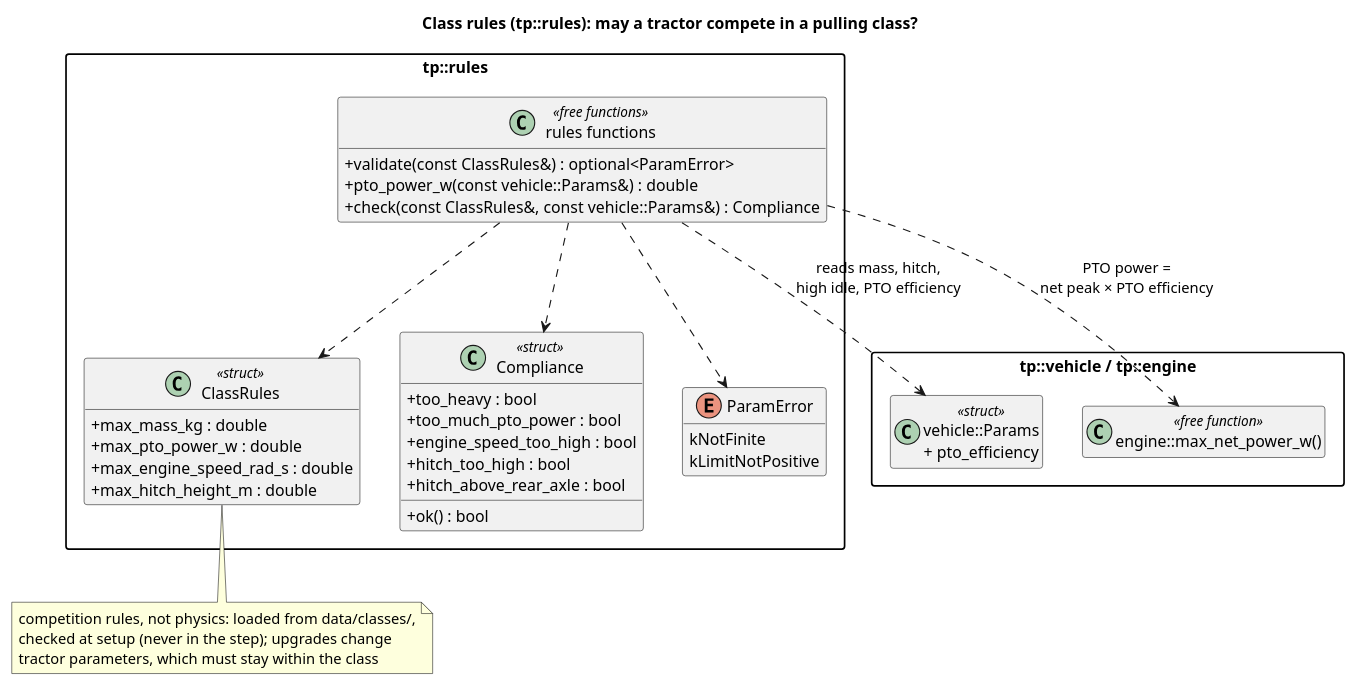
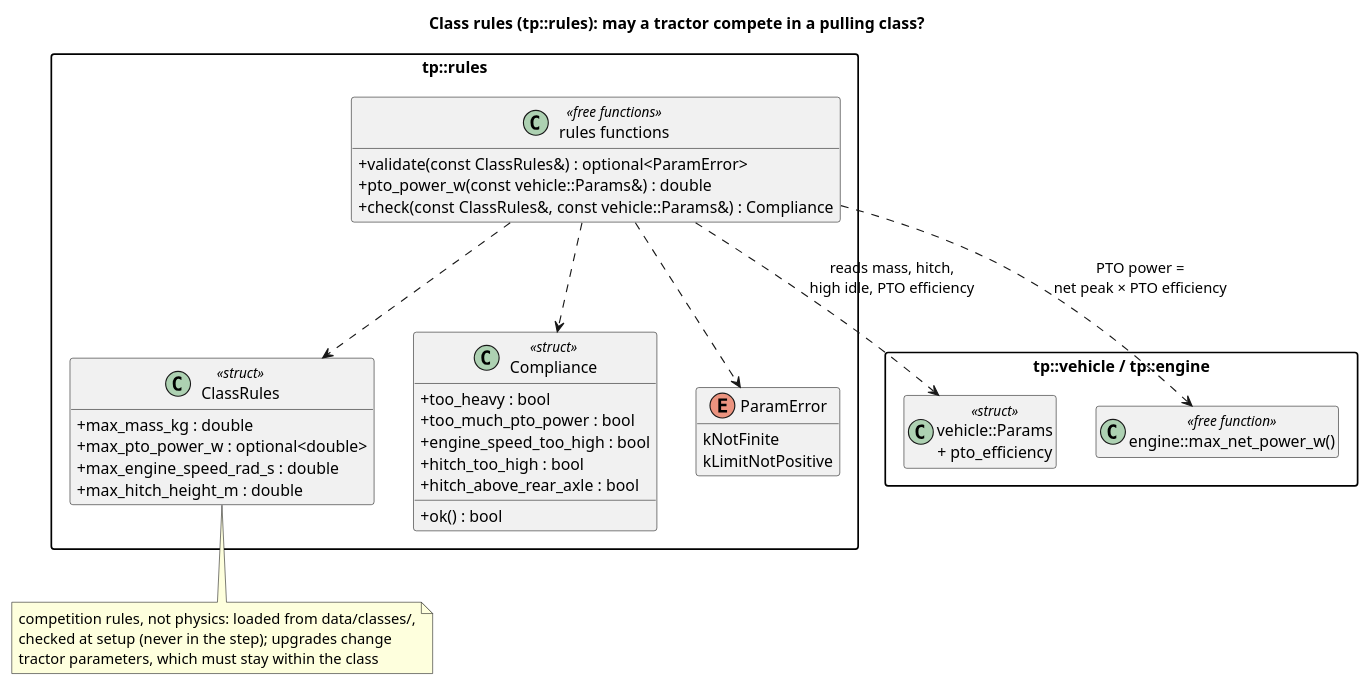
Before and after one commit to wversteeg/TractorPulling: the diagram in docs/diagrams/rules_classes.puml, drawn with PlantUML. The commit also changed 13 other files, not shown here.

```diff
--- a/docs/diagrams/rules_classes.puml
+++ b/docs/diagrams/rules_classes.puml
@@ -1,48 +1,48 @@
 @startuml rules_classes
 title Class rules (tp::rules): may a tractor compete in a pulling class?
 hide empty members
 skinparam packageStyle rectangle
 skinparam classAttributeIconSize 0
 
 package "tp::rules" {
   class ClassRules <<struct>> {
     +max_mass_kg : double
-    +max_pto_power_w : double
+    +max_pto_power_w : optional<double>
     +max_engine_speed_rad_s : double
     +max_hitch_height_m : double
   }
   class Compliance <<struct>> {
     +too_heavy : bool
     +too_much_pto_power : bool
     +engine_speed_too_high : bool
     +hitch_too_high : bool
     +hitch_above_rear_axle : bool
     +ok() : bool
   }
   enum ParamError {
     kNotFinite
     kLimitNotPositive
   }
   class "rules functions" as RulesFns <<free functions>> {
     +validate(const ClassRules&) : optional<ParamError>
     +pto_power_w(const vehicle::Params&) : double
     +check(const ClassRules&, const vehicle::Params&) : Compliance
   }
   RulesFns ..> ClassRules
   RulesFns ..> Compliance
   RulesFns ..> ParamError
 }
 
 package "tp::vehicle / tp::engine" {
   class "vehicle::Params\n+ pto_efficiency" as Tractor <<struct>>
   class "engine::max_net_power_w()" as EnginePower <<free function>>
 }
 
 RulesFns ..> Tractor : reads mass, hitch,\nhigh idle, PTO efficiency
 RulesFns ..> EnginePower : PTO power =\nnet peak × PTO efficiency
 note bottom of ClassRules
   competition rules, not physics: loaded from data/classes/,
   checked at setup (never in the step); upgrades change
   tractor parameters, which must stay within the class
 end note
 @enduml
```
